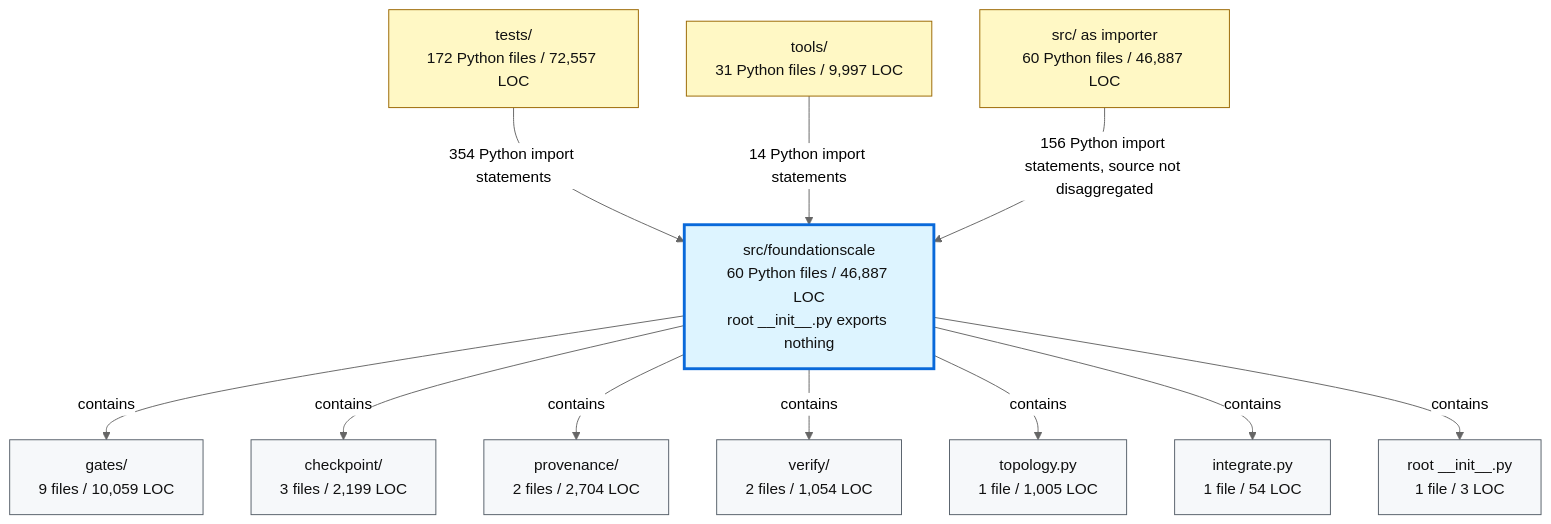
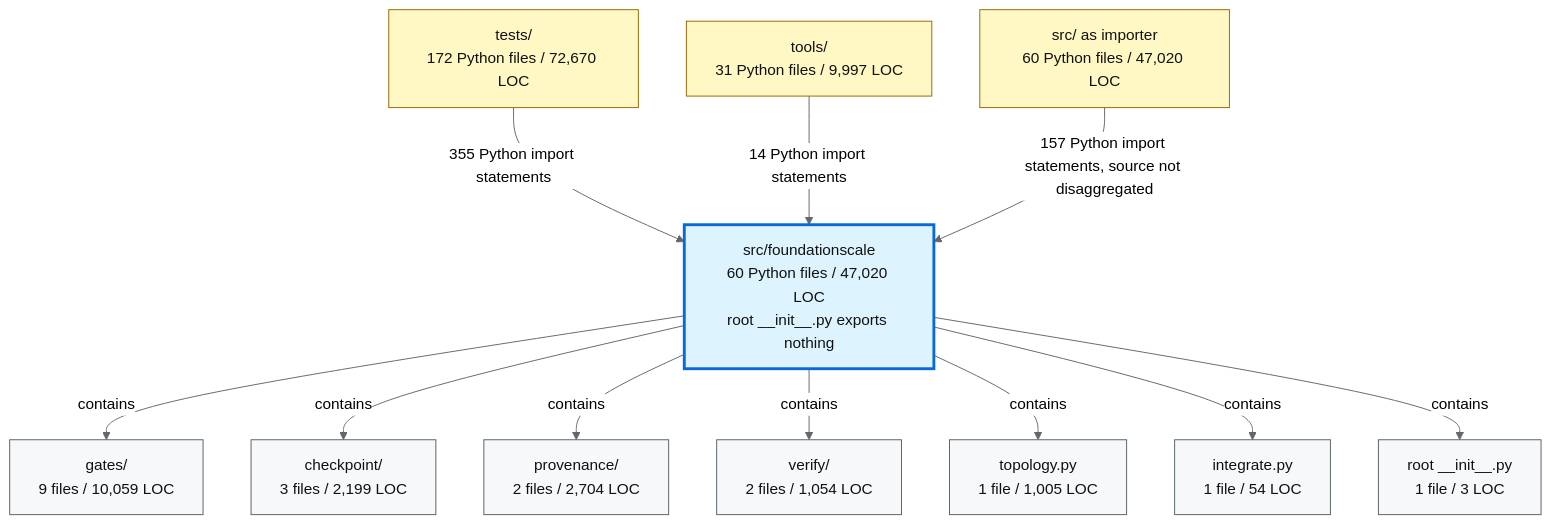
The second of 2 diagrams in docs/review/D2_current_architecture.md (TranNhiem/FoundationScale), drawn with Mermaid (neutral theme) before and after one commit. The commit also changed other lines of this file and 15 other files, not shown here.

````diff
--- a/docs/review/D2_current_architecture.md
+++ b/docs/review/D2_current_architecture.md
@@ -97,36 +97,36 @@
 ```mermaid
 flowchart TB
-  TESTS["tests/<br/>172 Python files / 72,557 LOC"]
+  TESTS["tests/<br/>172 Python files / 72,670 LOC"]
   TOOLS["tools/<br/>31 Python files / 9,997 LOC"]
-  SRC["src/ as importer<br/>60 Python files / 46,887 LOC"]
+  SRC["src/ as importer<br/>60 Python files / 47,020 LOC"]
 
-  FS["src/foundationscale<br/>60 Python files / 46,887 LOC<br/>root __init__.py exports nothing"]
+  FS["src/foundationscale<br/>60 Python files / 47,020 LOC<br/>root __init__.py exports nothing"]
 
   GATES["gates/<br/>9 files / 10,059 LOC"]
   CKPT["checkpoint/<br/>3 files / 2,199 LOC"]
   PROV["provenance/<br/>2 files / 2,704 LOC"]
   VERIFY["verify/<br/>2 files / 1,054 LOC"]
   TOPO["topology.py<br/>1 file / 1,005 LOC"]
   INTEG["integrate.py<br/>1 file / 54 LOC"]
   ROOT["root __init__.py<br/>1 file / 3 LOC"]
 
-  TESTS -->|"354 Python import statements"| FS
+  TESTS -->|"355 Python import statements"| FS
   TOOLS -->|"14 Python import statements"| FS
-  SRC -->|"156 Python import statements, source not disaggregated"| FS
+  SRC -->|"157 Python import statements, source not disaggregated"| FS
 
   FS -->|"contains"| GATES
   FS -->|"contains"| CKPT
   FS -->|"contains"| PROV
   FS -->|"contains"| VERIFY
   FS -->|"contains"| TOPO
   FS -->|"contains"| INTEG
   FS -->|"contains"| ROOT
 
   classDef consumer fill:#fff8c5,stroke:#9a6700,color:#111;
   classDef package fill:#ddf4ff,stroke:#0969da,stroke-width:3px,color:#111;
   classDef module fill:#f6f8fa,stroke:#57606a,color:#111;
 
   class TESTS,TOOLS,SRC consumer;
   class FS package;
   class GATES,CKPT,PROV,VERIFY,TOPO,INTEG,ROOT module;
 ```
````
